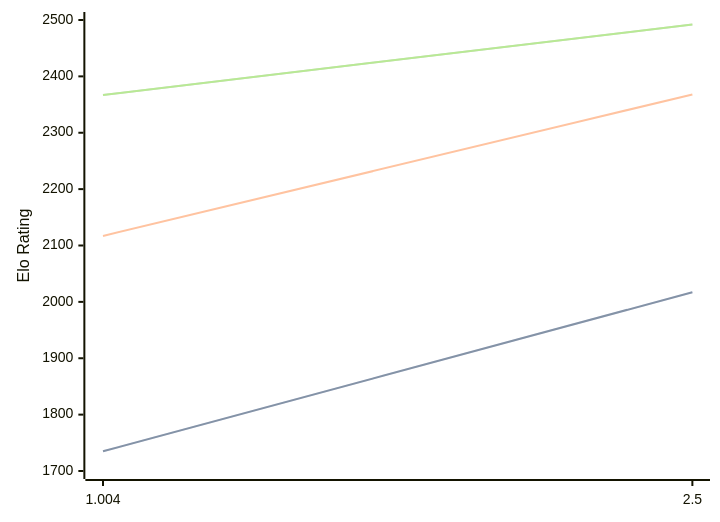
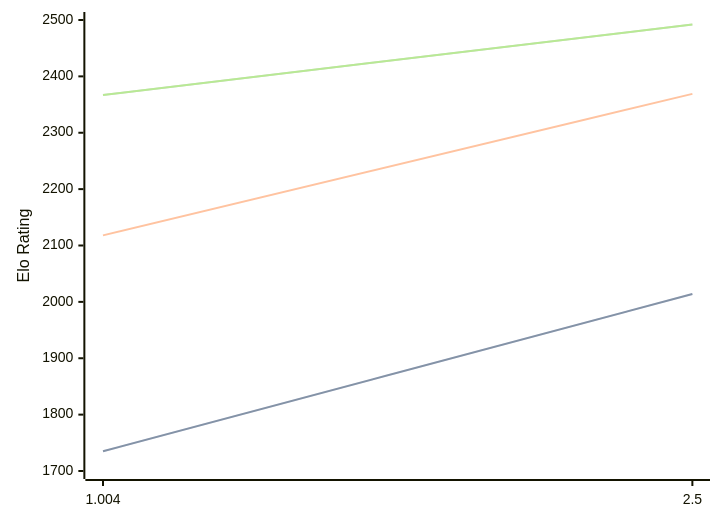
The diagram in engines/Ares.md (computer-chess-index/cci), drawn with Mermaid before and after one commit. The commit also changed other lines of this file, not shown here.

````diff
--- a/engines/Ares.md
+++ b/engines/Ares.md
@@ -32,11 +32,11 @@
 ```mermaid
 %%{init: {"theme":"base","themeVariables":{"seriesColors:['#a3a3a3','#222221','#faa371']}}}%%
 xychart-beta
   x-axis ["1.004", "2.5"]
   y-axis "Elo Rating" 1700 --> 2500
-  line "STC (8.0+0.08s)" [1735, 2017]
-  line "STC (8.0+0.08s)" [1735, 2017]
-  line "LTC (60.0+0.60s)" [2117, 2368]
+  line "STC (8.0+0.08s)" [1735, 2014]
+  line "STC (8.0+0.08s)" [1735, 2014]
+  line "LTC (60.0+0.60s)" [2118, 2369]
   line "VLTC (2m24s+1.12s)" [2367, 2492]
   line "VLTC (2m24s+1.12s)" [2367, 2492]
 ```
````
